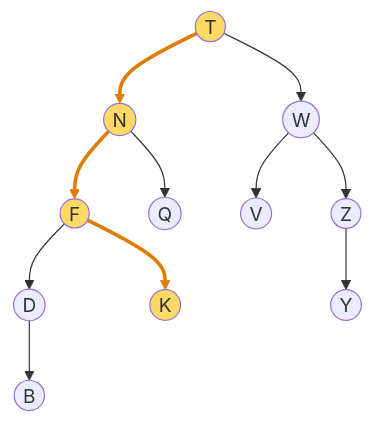
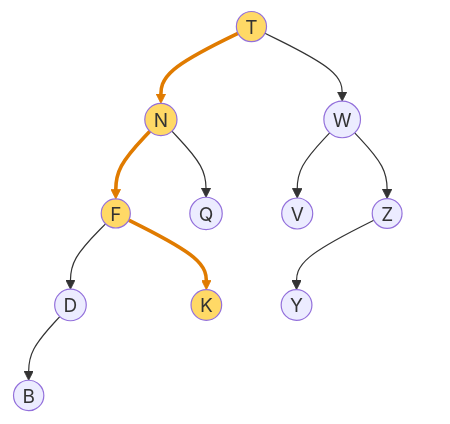
One commit to tmtxt/tmtxt.github.com changed the seventh of 17 diagrams in _drafts/2018-09-25-red-black-bst.md. Above: the diagram before and after it, drawn with Mermaid. The commit also changed other lines of this file, not shown here.

```diff
--- a/_drafts/2018-09-25-red-black-bst.md
+++ b/_drafts/2018-09-25-red-black-bst.md
@@ -131,22 +131,26 @@
 <div class="mermaid">
 graph TD
   T((T)) --> N((N))
   T --> W((W))
   N --> F((F))
   N --> Q((Q))
   F --> D((D))
   F --> K((K))
   D --> B((B))
+  D ~~~ Dpad(( ))
   W --> V((V))
   W --> Z((Z))
   Z --> Y((Y))
+  Z ~~~ Zpad(( ))
 
 style T fill:#ffd966
 style N fill:#ffd966
 style F fill:#ffd966
 style K fill:#ffd966
+style Dpad fill:transparent,stroke:transparent
+style Zpad fill:transparent,stroke:transparent
 linkStyle 0 stroke:#e07b00,stroke-width:3px
 linkStyle 2 stroke:#e07b00,stroke-width:3px
 linkStyle 5 stroke:#e07b00,stroke-width:3px
 
 </div>
```
